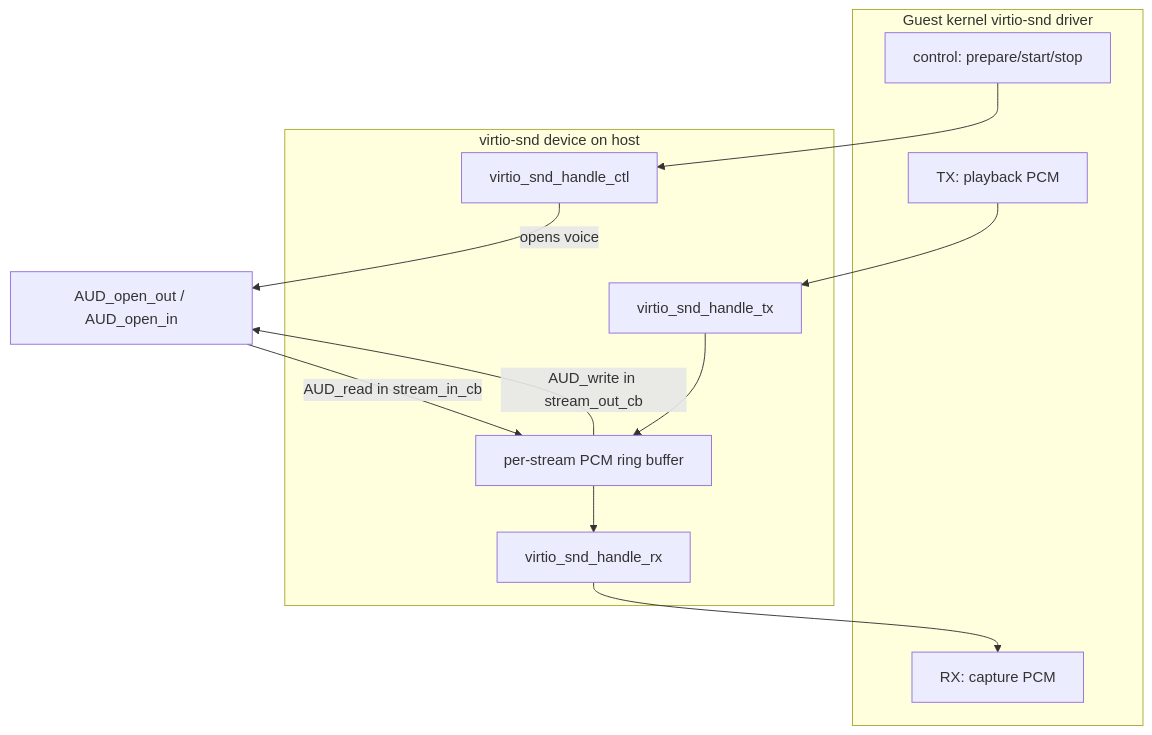
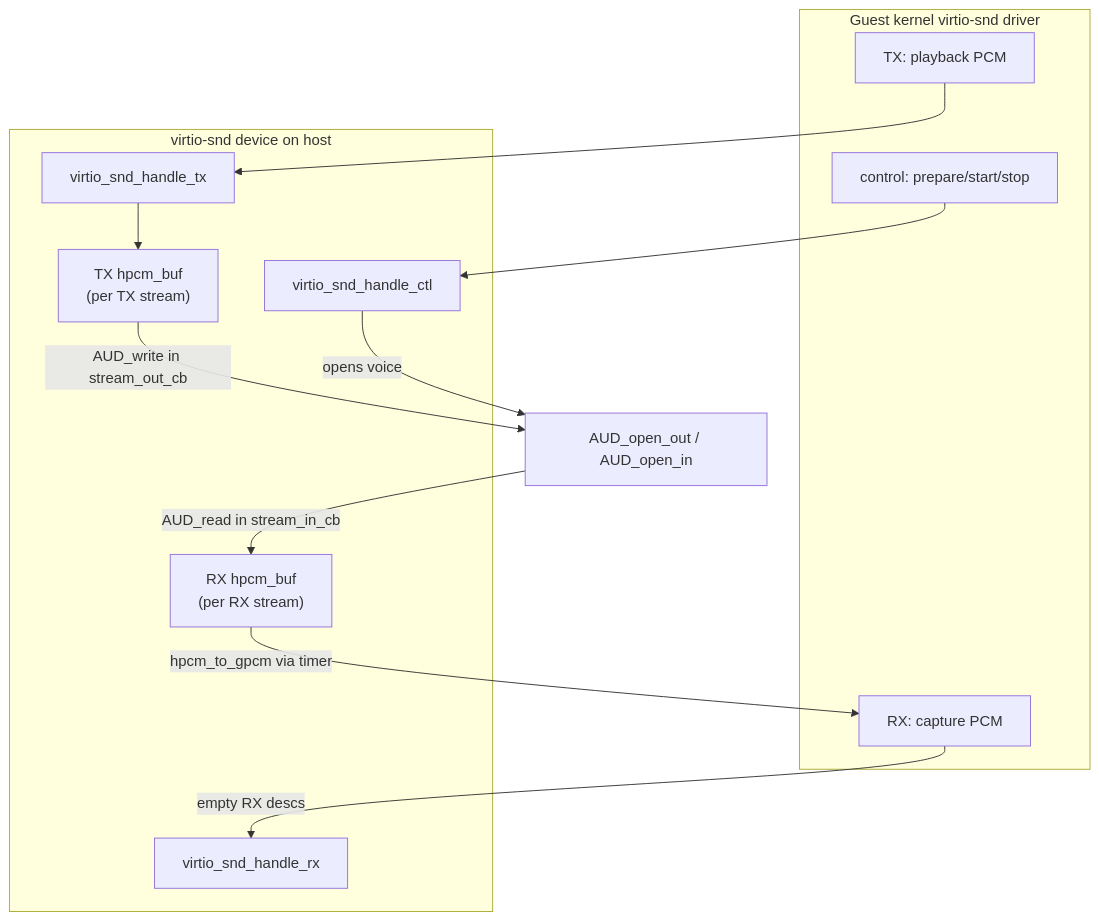
Before and after one commit to aospbooks/android-emulator-internal-book: the third of 6 diagrams in 15-audio.md, drawn with Mermaid. The commit also changed other lines of this file and 31 other files, not shown here.

````diff
--- a/15-audio.md
+++ b/15-audio.md
@@ -204,21 +204,23 @@
 ```mermaid
 flowchart TD
     subgraph GUEST["Guest kernel virtio-snd driver"]
         CTL["control: prepare/start/stop"]
         TXG["TX: playback PCM"]
         RXG["RX: capture PCM"]
     end
     subgraph DEV["virtio-snd device on host"]
         H1["virtio_snd_handle_ctl"]
         H2["virtio_snd_handle_tx"]
         H3["virtio_snd_handle_rx"]
-        RING["per-stream PCM ring buffer"]
+        RING_TX["TX hpcm_buf<br/>(per TX stream)"]
+        RING_RX["RX hpcm_buf<br/>(per RX stream)"]
     end
     VOICE["AUD_open_out / AUD_open_in"]
     CTL --> H1
     H1 -->|"opens voice"| VOICE
-    TXG --> H2 --> RING
-    RING -->|"AUD_write in stream_out_cb"| VOICE
-    VOICE -->|"AUD_read in stream_in_cb"| RING
-    RING --> H3 --> RXG
+    TXG --> H2 --> RING_TX
+    RING_TX -->|"AUD_write in stream_out_cb"| VOICE
+    VOICE -->|"AUD_read in stream_in_cb"| RING_RX
+    RXG -->|"empty RX descs"| H3
+    RING_RX -->|"hpcm_to_gpcm via timer"| RXG
 ```
````
